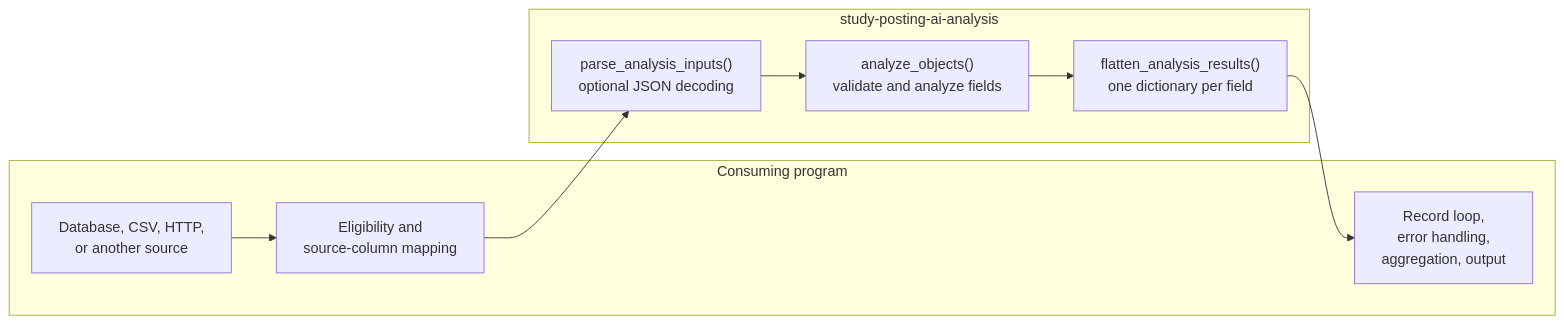
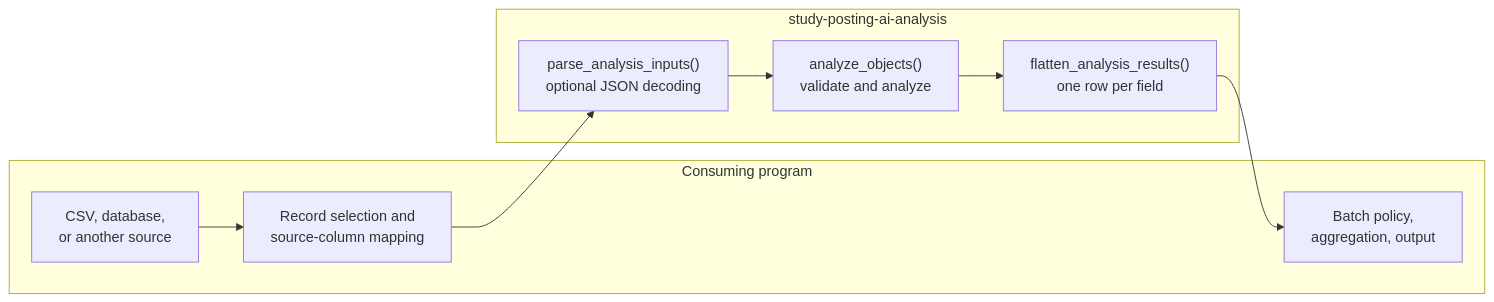
The first of 7 diagrams in python/packages/study-posting-ai-analysis/docs/program-flow.md (umich-michr/michr-scripts), drawn with Mermaid before and after one commit. The commit also changed other lines of this file, not shown here.

Commit message:
docs(analysis): streamline control-flow guide

````diff
--- a/python/packages/study-posting-ai-analysis/docs/program-flow.md
+++ b/python/packages/study-posting-ai-analysis/docs/program-flow.md
@@ -22,18 +42,18 @@
 ```mermaid
 flowchart LR
     subgraph Consumer["Consuming program"]
-        SOURCE["Database, CSV, HTTP,<br/>or another source"]
-        SELECT["Eligibility and<br/>source-column mapping"]
-        HANDLE["Record loop,<br/>error handling,<br/>aggregation, output"]
+        SOURCE["CSV, database,<br/>or another source"]
+        SELECT["Record selection and<br/>source-column mapping"]
+        HANDLE["Batch policy,<br/>aggregation, output"]
     end
 
     subgraph Study["study-posting-ai-analysis"]
         PARSE["parse_analysis_inputs()<br/>optional JSON decoding"]
-        ANALYZE["analyze_objects()<br/>validate and analyze fields"]
-        FLATTEN["flatten_analysis_results()<br/>one dictionary per field"]
+        ANALYZE["analyze_objects()<br/>validate and analyze"]
+        FLATTEN["flatten_analysis_results()<br/>one row per field"]
     end
 
     SOURCE --> SELECT --> PARSE
     PARSE --> ANALYZE --> FLATTEN
     FLATTEN --> HANDLE
 ```
````
